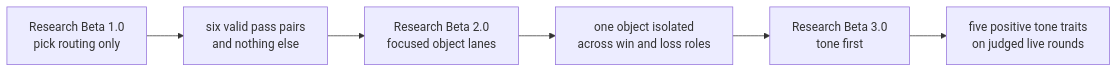
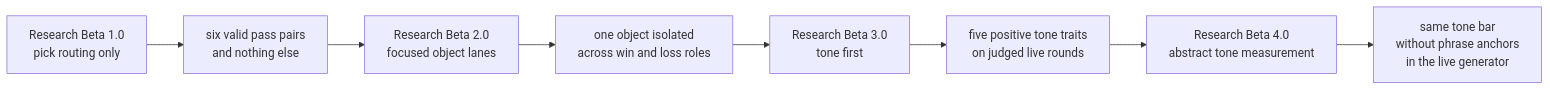
Before and after one commit to tryskian/scorey: the first of 2 diagrams in docs/research/README.md, drawn with Mermaid. The commit also changed other lines of this file and 11 other files, not shown here.

````diff
--- a/docs/research/README.md
+++ b/docs/research/README.md
@@ -195,12 +238,14 @@
 ```mermaid
 flowchart LR
   B1["Research Beta 1.0<br/>pick routing only"]
   B2["Research Beta 2.0<br/>focused object lanes"]
   B3["Research Beta 3.0<br/>tone first"]
+  B4["Research Beta 4.0<br/>abstract tone measurement"]
 
   S1["six valid pass pairs<br/>and nothing else"]
   S2["one object isolated<br/>across win and loss roles"]
   S3["five positive tone traits<br/>on judged live rounds"]
+  S4["same tone bar<br/>without phrase anchors<br/>in the live generator"]
 
-  B1 --> S1 --> B2 --> S2 --> B3 --> S3
+  B1 --> S1 --> B2 --> S2 --> B3 --> S3 --> B4 --> S4
 ```
````
